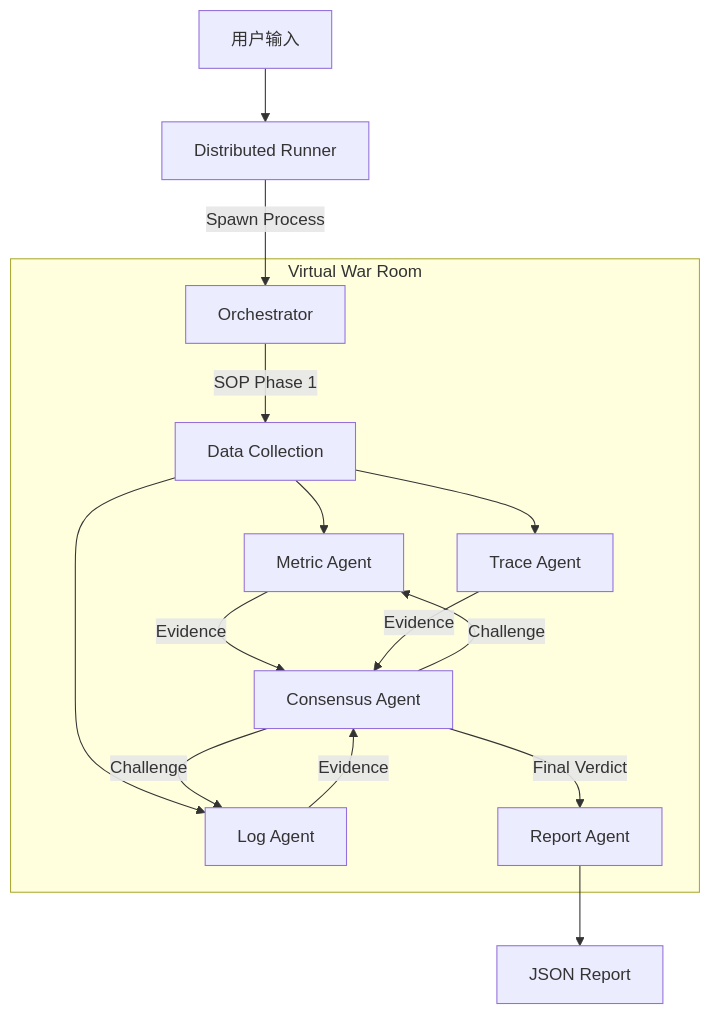
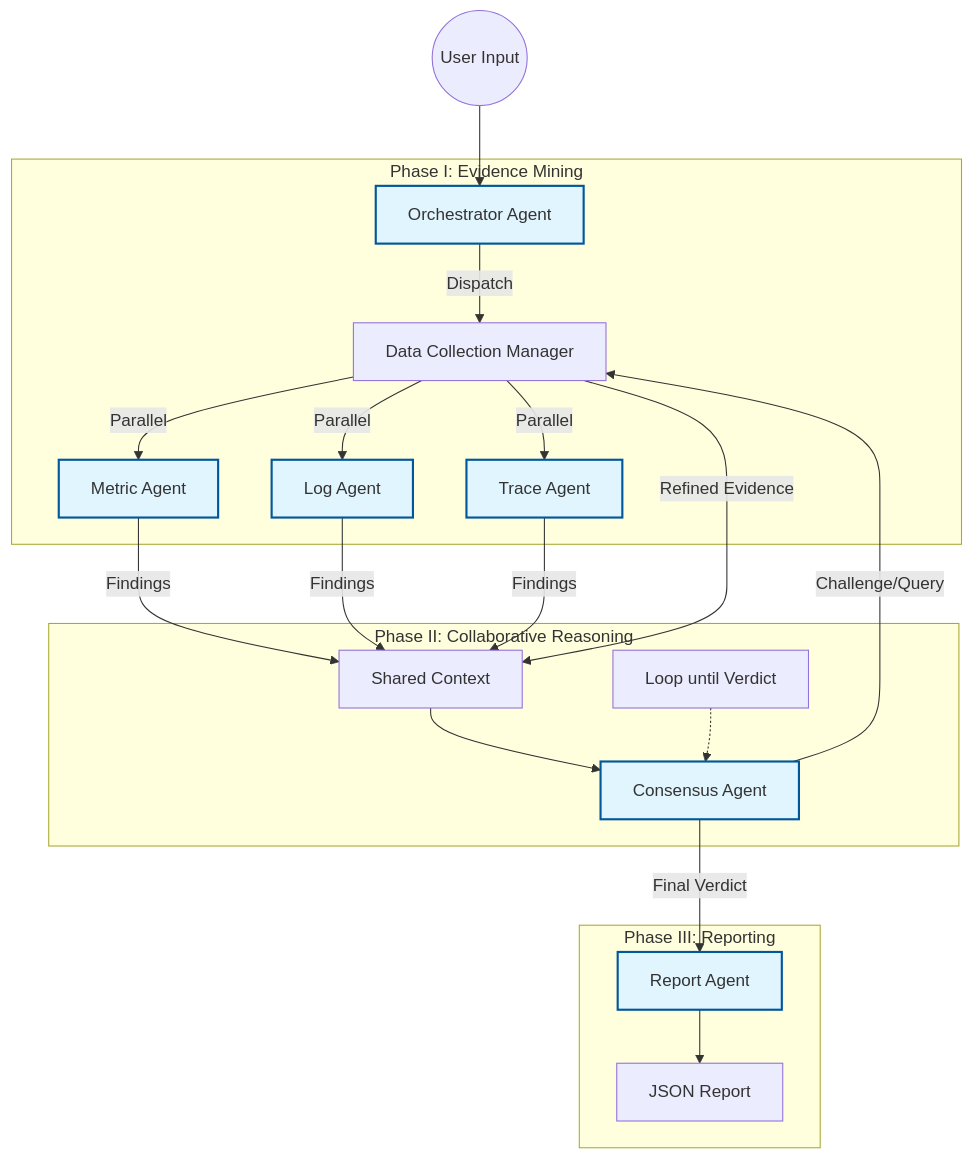
One commit to kangkannnng/Context_RCA changed the diagram in README.md. Above: the diagram before and after it, drawn with Mermaid. The commit also changed other lines of this file and 13 other files, not shown here.

````diff
--- a/README.md
+++ b/README.md
@@ -27,20 +37,29 @@
 ```mermaid
 graph TD
-    User[用户输入] --> Runner[Distributed Runner]
-    Runner -->|Spawn Process| Orch[Orchestrator]
+    User((User Input)) --> Orch[Orchestrator Agent]
     
-    subgraph "Virtual War Room"
-        Orch -->|SOP Phase 1| DC[Data Collection]
-        DC --> Metric[Metric Agent]
-        DC --> Log[Log Agent]
-        DC --> Trace[Trace Agent]
-        
-        Metric & Log & Trace -->|Evidence| Consensus[Consensus Agent]
-        Consensus -->|Challenge| Metric
-        Consensus -->|Challenge| Log
-        
-        Consensus -->|Final Verdict| Report[Report Agent]
+    subgraph "Phase I: Evidence Mining"
+        Orch -->|Dispatch| DC[Data Collection Manager]
+        DC -->|Parallel| M[Metric Agent]
+        DC -->|Parallel| L[Log Agent]
+        DC -->|Parallel| T[Trace Agent]
     end
     
-    Report --> Result[JSON Report]
+    subgraph "Phase II: Collaborative Reasoning"
+        M & L & T -->|Findings| Context[Shared Context]
+        Context --> Consensus[Consensus Agent]
+        
+        Consensus -->|Challenge/Query| DC
+        DC -->|Refined Evidence| Context
+        
+        note[Loop until Verdict] -.-> Consensus
+    end
+    
+    subgraph "Phase III: Reporting"
+        Consensus -->|Final Verdict| Report[Report Agent]
+        Report --> Result[JSON Report]
+    end
+    
+    classDef agent fill:#e1f5fe,stroke:#01579b,stroke-width:2px;
+    class Orch,M,L,T,Consensus,Report agent
 ```
````
